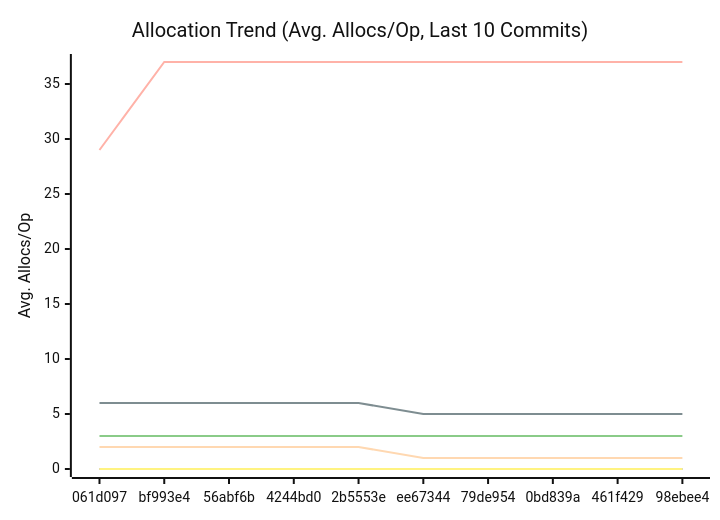
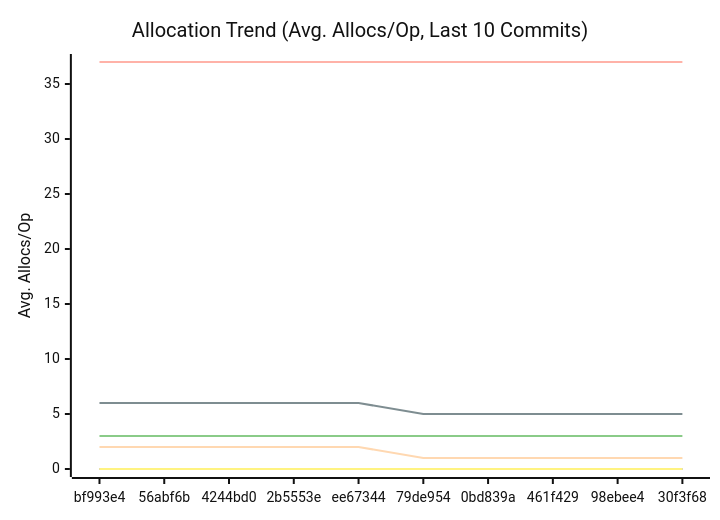
One commit to alsotoes/momo changed the third of 3 diagrams in docs/PERFORMANCE.md. Above: the diagram before and after it, drawn with Mermaid (neutral theme). The commit also changed other lines of this file and 2 other files, not shown here.

````diff
--- a/docs/PERFORMANCE.md
+++ b/docs/PERFORMANCE.md
@@ -114,16 +114,16 @@
 ```mermaid
 xychart-beta
     title "Allocation Trend (Avg. Allocs/Op, Last 10 Commits)"
     x-axis "Commit"
     y-axis "Avg. Allocs/Op"
-    x-axis [061d097,bf993e4,56abf6b,4244bd0,2b5553e,ee67344,79de954,0bd839a,461f429,98ebee4]
+    x-axis [bf993e4,56abf6b,4244bd0,2b5553e,ee67344,79de954,0bd839a,461f429,98ebee4,30f3f68]
     line "CheckMetricsAndSwap" [0,0,0,0,0,0,0,0,0,0]
     line "CrushOptimized" [0,0,0,0,0,0,0,0,0,0]
     line "CrushOriginal" [3,3,3,3,3,3,3,3,3,3]
     line "IndexDirectTracking" [0,0,0,0,0,0,0,0,0,0]
     line "IndexSearch" [0,0,0,0,0,0,0,0,0,0]
-    line "LoadGlobalConfig" [29,37,37,37,37,37,37,37,37,37]
+    line "LoadGlobalConfig" [37,37,37,37,37,37,37,37,37,37]
     line "PadString" [0,0,0,0,0,0,0,0,0,0]
     line "ParseReplicationOrder_NoPrealloc" [6,6,6,6,6,5,5,5,5,5]
     line "ParseReplicationOrder_Prealloc" [2,2,2,2,2,1,1,1,1,1]
 ```
````
